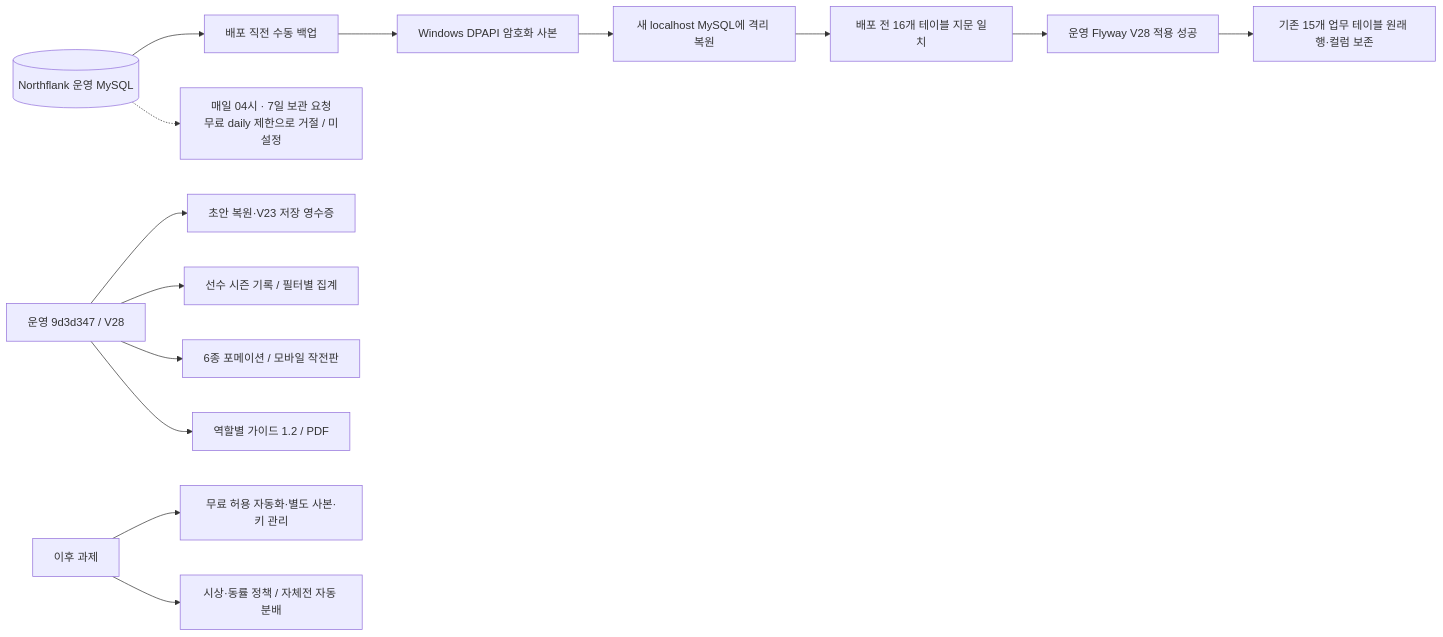
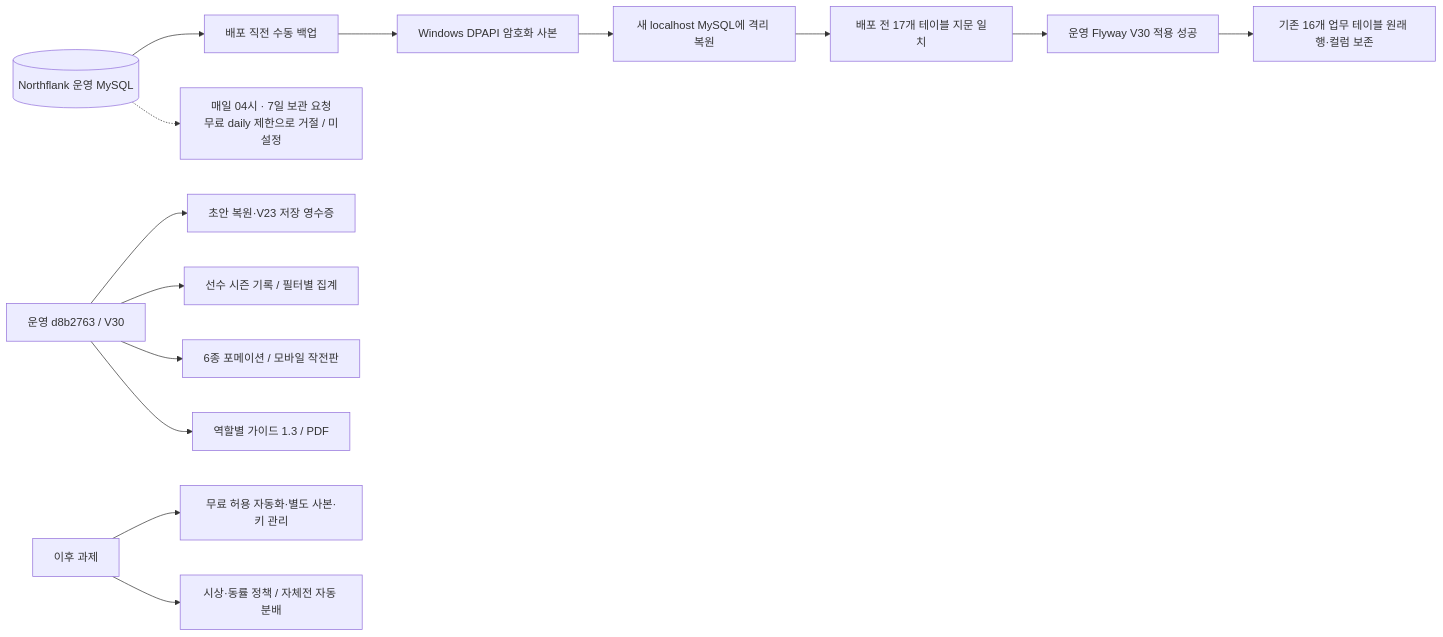
Before and after one commit to ksmlucky/jochook-on: the fourth of 4 diagrams in docs/system-overview.md, drawn with Mermaid. The commit also changed other lines of this file and 35 other files, not shown here.

````diff
--- a/docs/system-overview.md
+++ b/docs/system-overview.md
@@ -148,16 +159,16 @@
 ```mermaid
 flowchart LR
     DB[(Northflank 운영 MySQL)] --> DUMP[배포 직전 수동 백업]
     DUMP --> LOCAL[Windows DPAPI 암호화 사본]
     LOCAL --> RESTORE[새 localhost MySQL에 격리 복원]
-    RESTORE --> VERIFY[배포 전 16개 테이블 지문 일치]
-    VERIFY --> MIGRATE[운영 Flyway V28 적용 성공]
-    MIGRATE --> PRESERVE[기존 15개 업무 테이블 원래 행·컬럼 보존]
+    RESTORE --> VERIFY[배포 전 17개 테이블 지문 일치]
+    VERIFY --> MIGRATE[운영 Flyway V30 적용 성공]
+    MIGRATE --> PRESERVE[기존 16개 업무 테이블 원래 행·컬럼 보존]
     DB -.-> AUTO["매일 04시 · 7일 보관 요청<br/>무료 daily 제한으로 거절 / 미설정"]
-    RELEASE["운영 9d3d347 / V28"] --> DRAFT[초안 복원·V23 저장 영수증]
+    RELEASE["운영 d8b2763 / V30"] --> DRAFT[초안 복원·V23 저장 영수증]
     RELEASE --> STATS[선수 시즌 기록 / 필터별 집계]
     RELEASE --> FORM[6종 포메이션 / 모바일 작전판]
-    RELEASE --> GUIDE[역할별 가이드 1.2 / PDF]
+    RELEASE --> GUIDE[역할별 가이드 1.3 / PDF]
     NEXT[이후 과제] --> AUTO2[무료 허용 자동화·별도 사본·키 관리]
     NEXT --> POLICY[시상·동률 정책 / 자체전 자동 분배]
 ```
````
